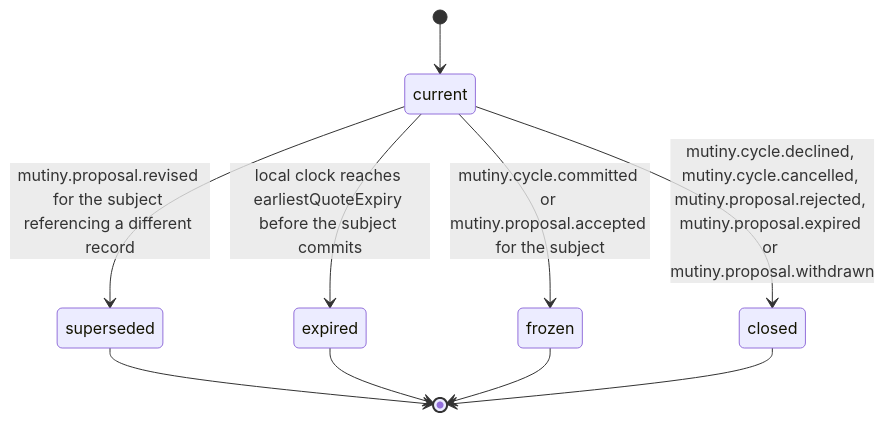
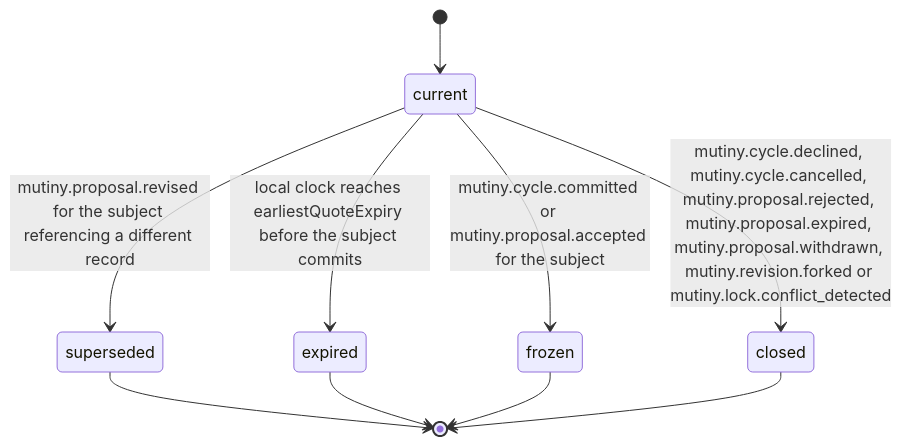
One commit to djshellshoxxx/CLASSifiedisRUPTed changed the diagram in 02_LocalMutiny/04_value_balancing/mod_currency/workflow_state_machine.md. Above: the diagram before and after it, drawn with Mermaid. The commit also changed other lines of this file and 376 other files, not shown here.

````diff
--- a/02_LocalMutiny/04_value_balancing/mod_currency/workflow_state_machine.md
+++ b/02_LocalMutiny/04_value_balancing/mod_currency/workflow_state_machine.md
@@ -26,12 +26,12 @@
 ```mermaid
 stateDiagram-v2
   [*] --> current
   current --> superseded: mutiny.proposal.revised for the subject referencing a different record
   current --> expired: local clock reaches earliestQuoteExpiry before the subject commits
   current --> frozen: mutiny.cycle.committed or mutiny.proposal.accepted for the subject
-  current --> closed: mutiny.cycle.declined, mutiny.cycle.cancelled, mutiny.proposal.rejected, mutiny.proposal.expired or mutiny.proposal.withdrawn
+  current --> closed: mutiny.cycle.declined, mutiny.cycle.cancelled, mutiny.proposal.rejected, mutiny.proposal.expired, mutiny.proposal.withdrawn, mutiny.revision.forked or mutiny.lock.conflict_detected
   superseded --> [*]
   expired --> [*]
   frozen --> [*]
   closed --> [*]
 ```
````
